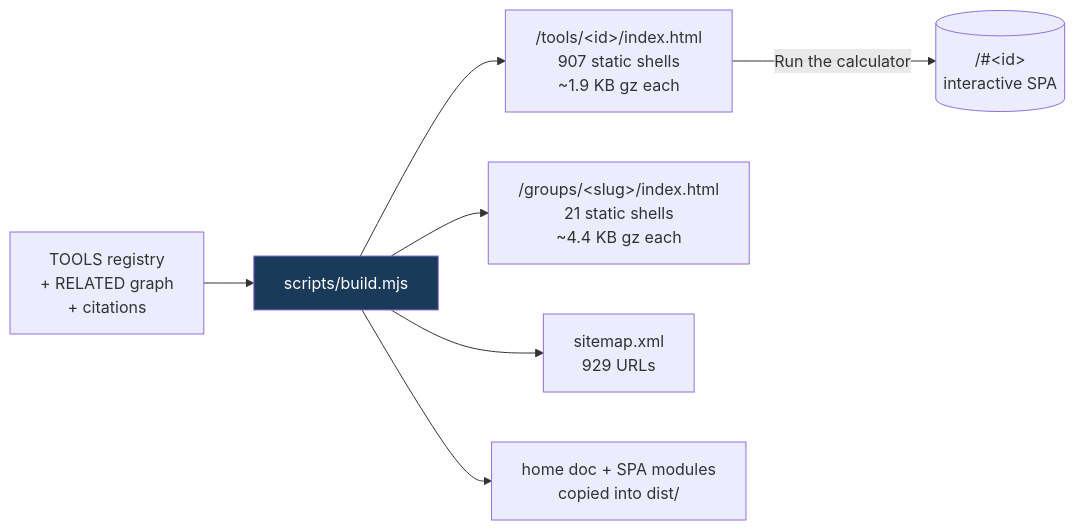
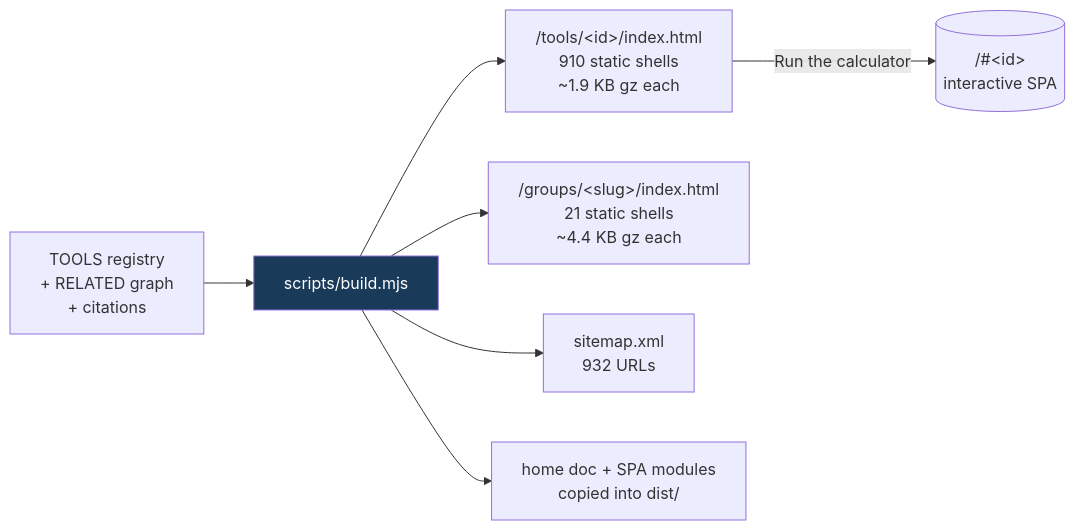
One commit to clay-good/roughlogic.com changed the fifth of 8 diagrams in README.md. Above: the diagram before and after it, drawn with Mermaid. The commit also changed other lines of this file and 20 other files, not shown here.

````diff
--- a/README.md
+++ b/README.md
@@ -495,10 +495,10 @@
 ```mermaid
 flowchart LR
     SRC[TOOLS registry\n+ RELATED graph\n+ citations] --> BUILD[scripts/build.mjs]
-    BUILD --> TILE["/tools/&lt;id&gt;/index.html\n907 static shells\n~1.9 KB gz each"]
+    BUILD --> TILE["/tools/&lt;id&gt;/index.html\n910 static shells\n~1.9 KB gz each"]
     BUILD --> GROUP["/groups/&lt;slug&gt;/index.html\n21 static shells\n~4.4 KB gz each"]
-    BUILD --> MAP["sitemap.xml\n929 URLs"]
+    BUILD --> MAP["sitemap.xml\n932 URLs"]
     BUILD --> COPY[home doc + SPA modules\ncopied into dist/]
     TILE -->|Run the calculator| SPA[("/#&lt;id&gt;\ninteractive SPA")]
     style BUILD fill:#1a3a5a,color:#fff
 ```
````
